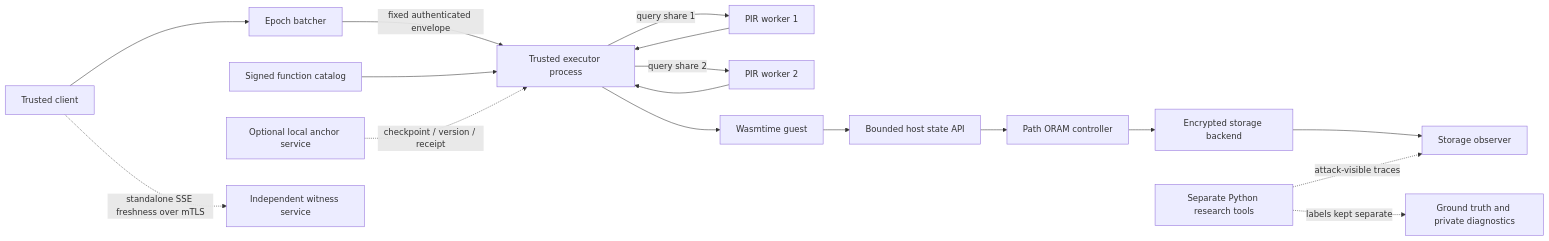
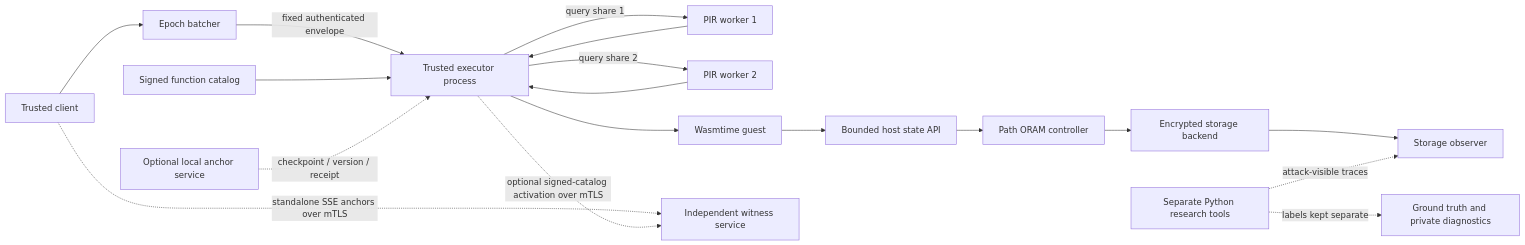
One commit to dumbly-smart/Oblivion changed the diagram in ARCHITECTURE.md. Above: the diagram before and after it, drawn with Mermaid. The commit also changed other lines of this file and 11 other files, not shown here.

Commit message:
docs: document remote catalog activation

````diff
--- a/ARCHITECTURE.md
+++ b/ARCHITECTURE.md
@@ -7,19 +7,20 @@
 ```mermaid
 flowchart LR
   C[Trusted client] --> B[Epoch batcher]
   B -->|fixed authenticated envelope| X[Trusted executor process]
   X -->|query share 1| P1[PIR worker 1]
   X -->|query share 2| P2[PIR worker 2]
   P1 --> X
   P2 --> X
   X --> W[Wasmtime guest]
   W --> H[Bounded host state API]
   H --> O[Path ORAM controller]
   O --> S[Encrypted storage backend]
   S --> V[Storage observer]
   R[Signed function catalog] --> X
   A[Optional local anchor service] -. checkpoint / version / receipt .-> X
-  C -. standalone SSE freshness over mTLS .-> WIT[Independent witness service]
+  C -. standalone SSE anchors over mTLS .-> WIT[Independent witness service]
+  X -. optional signed-catalog activation over mTLS .-> WIT
   Q[Separate Python research tools] -. attack-visible traces .-> V
   Q -. labels kept separate .-> T[Ground truth and private diagnostics]
 ```
````
